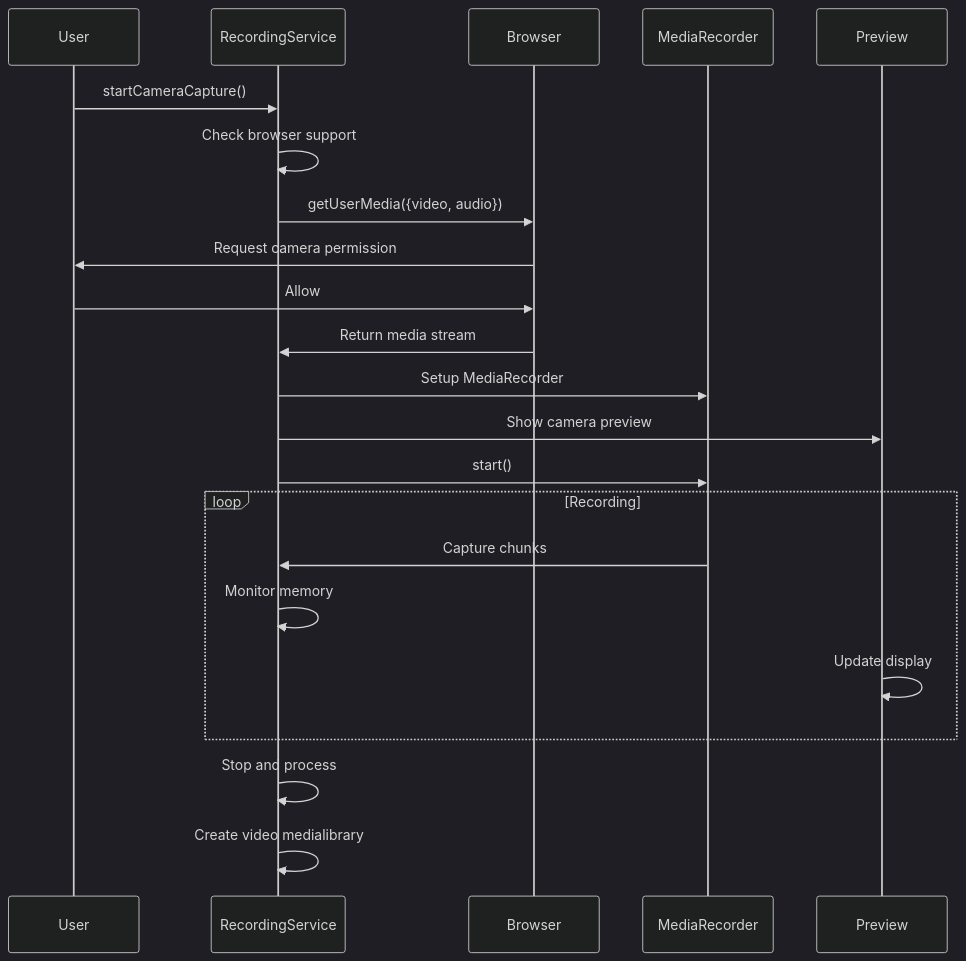
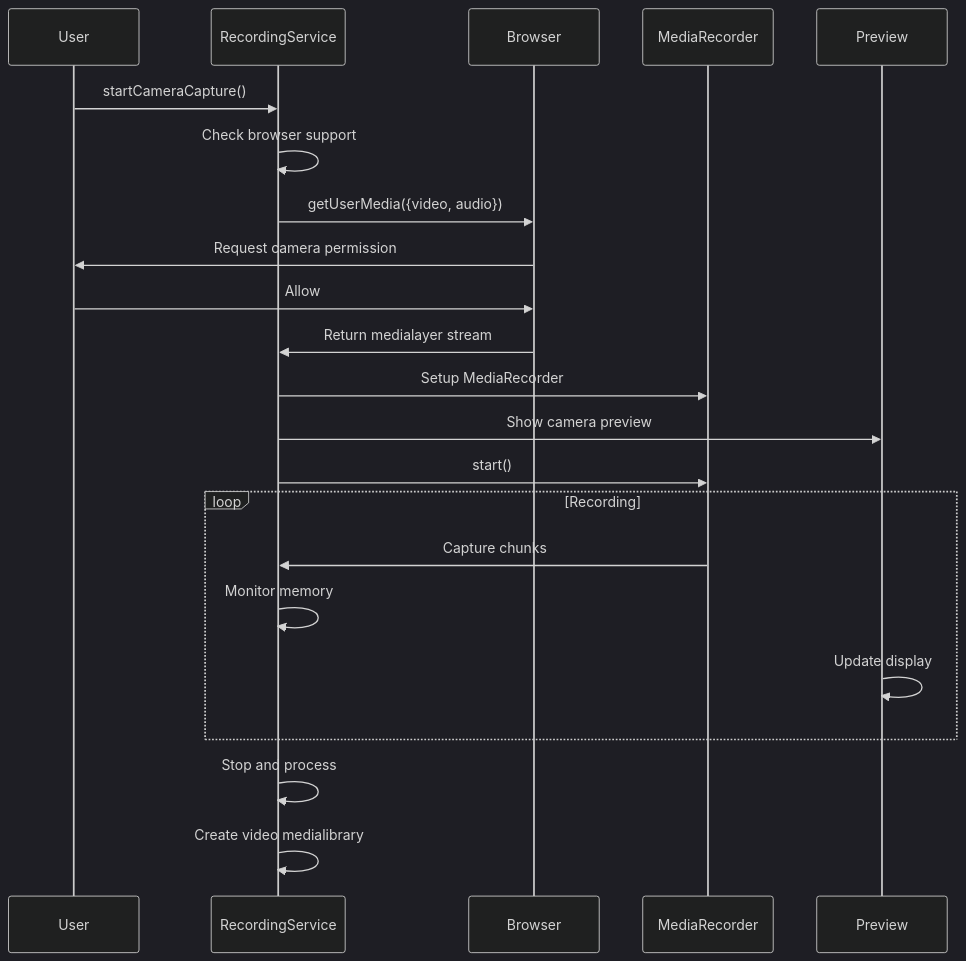
One commit to apssouza22/web-video-edit changed the fourth of 9 diagrams in docs/architecture/06-recording-system.md. Above: the diagram before and after it, drawn with Mermaid (dark theme). The commit also changed 63 other files, not shown here.

````diff
--- a/docs/architecture/06-recording-system.md
+++ b/docs/architecture/06-recording-system.md
@@ -185,29 +185,29 @@
 ```mermaid
 sequenceDiagram
     participant User
     participant Service as RecordingService
     participant Browser
     participant Recorder as MediaRecorder
     participant Preview
 
     User->>Service: startCameraCapture()
     Service->>Service: Check browser support
     
     Service->>Browser: getUserMedia({video, audio})
     Browser->>User: Request camera permission
     User->>Browser: Allow
-    Browser->>Service: Return media stream
+    Browser->>Service: Return medialayer stream
     
     Service->>Recorder: Setup MediaRecorder
     Service->>Preview: Show camera preview
     Service->>Recorder: start()
     
     loop Recording
         Recorder->>Service: Capture chunks
         Service->>Service: Monitor memory
         Preview->>Preview: Update display
     end
     
     Service->>Service: Stop and process
     Service->>Service: Create video medialibrary
 ```
````
